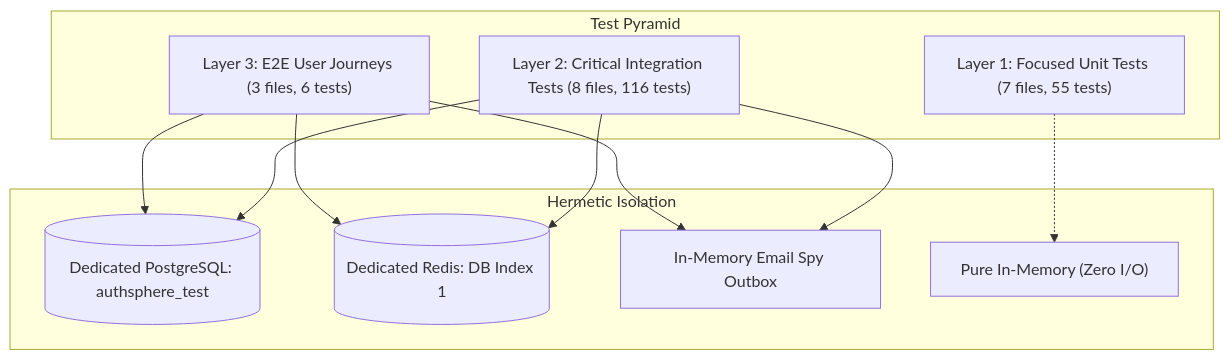
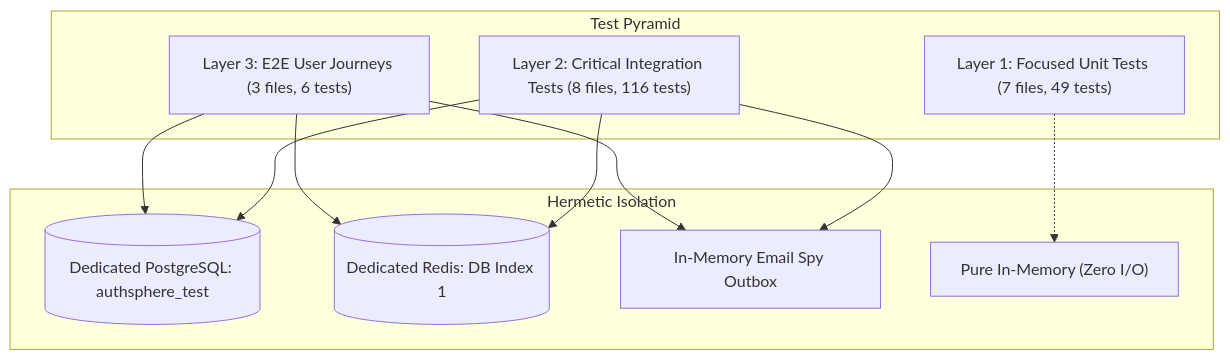
One commit to utkarshj014/authsphere changed the ninth of 9 diagrams in docs/ARCHITECTURE.md. Above: the diagram before and after it, drawn with Mermaid. The commit also changed other lines of this file and 8 other files, not shown here.

````diff
--- a/docs/ARCHITECTURE.md
+++ b/docs/ARCHITECTURE.md
@@ -524,15 +525,15 @@
 ```mermaid
 graph TD
-    subgraph Test Pyramid
+    subgraph TP ["Test Pyramid"]
         E2E["Layer 3: E2E User Journeys (3 files, 6 tests)"]
         INT["Layer 2: Critical Integration Tests (8 files, 116 tests)"]
-        UNIT["Layer 1: Focused Unit Tests (7 files, 55 tests)"]
+        UNIT["Layer 1: Focused Unit Tests (7 files, 49 tests)"]
     end
 
-    subgraph Hermetic Isolation
+    subgraph HI ["Hermetic Isolation"]
         E2E & INT --> TestDB[("Dedicated PostgreSQL: authsphere_test")]
         E2E & INT --> TestRedis[("Dedicated Redis: DB Index 1")]
         E2E & INT --> EmailSpy["In-Memory Email Spy Outbox"]
         UNIT -.-> PureMemory["Pure In-Memory (Zero I/O)"]
     end
 ```
````
